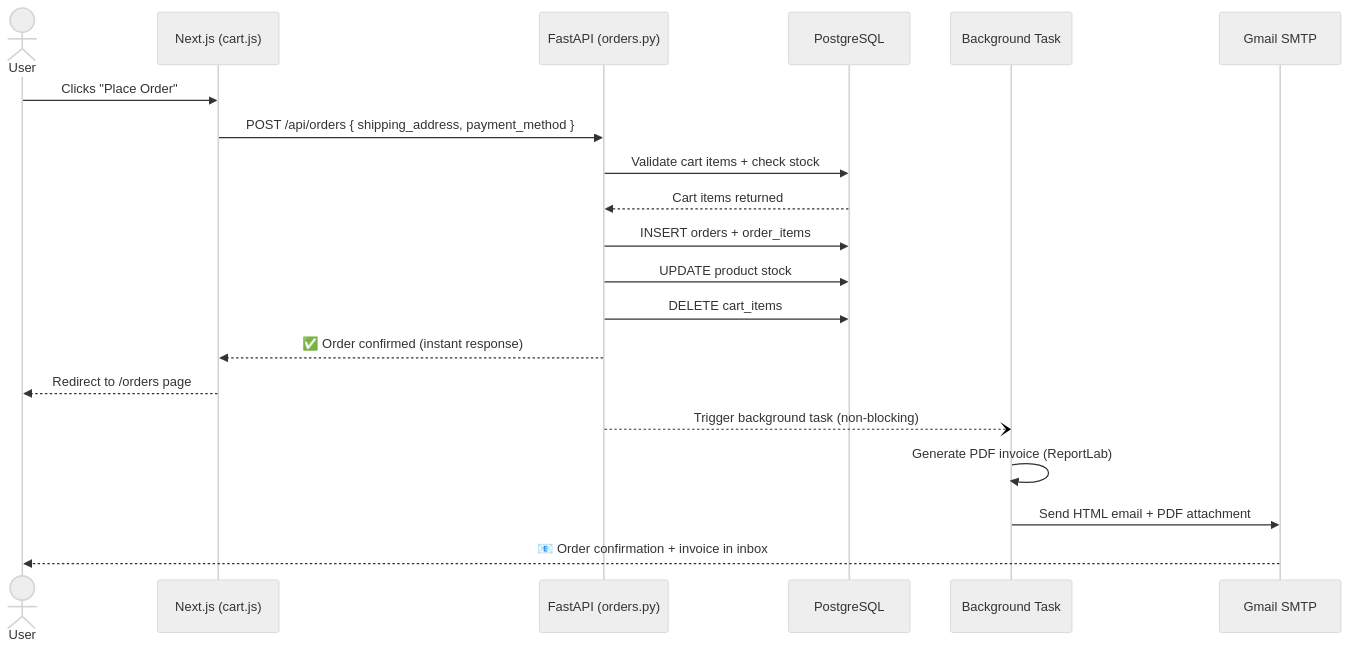
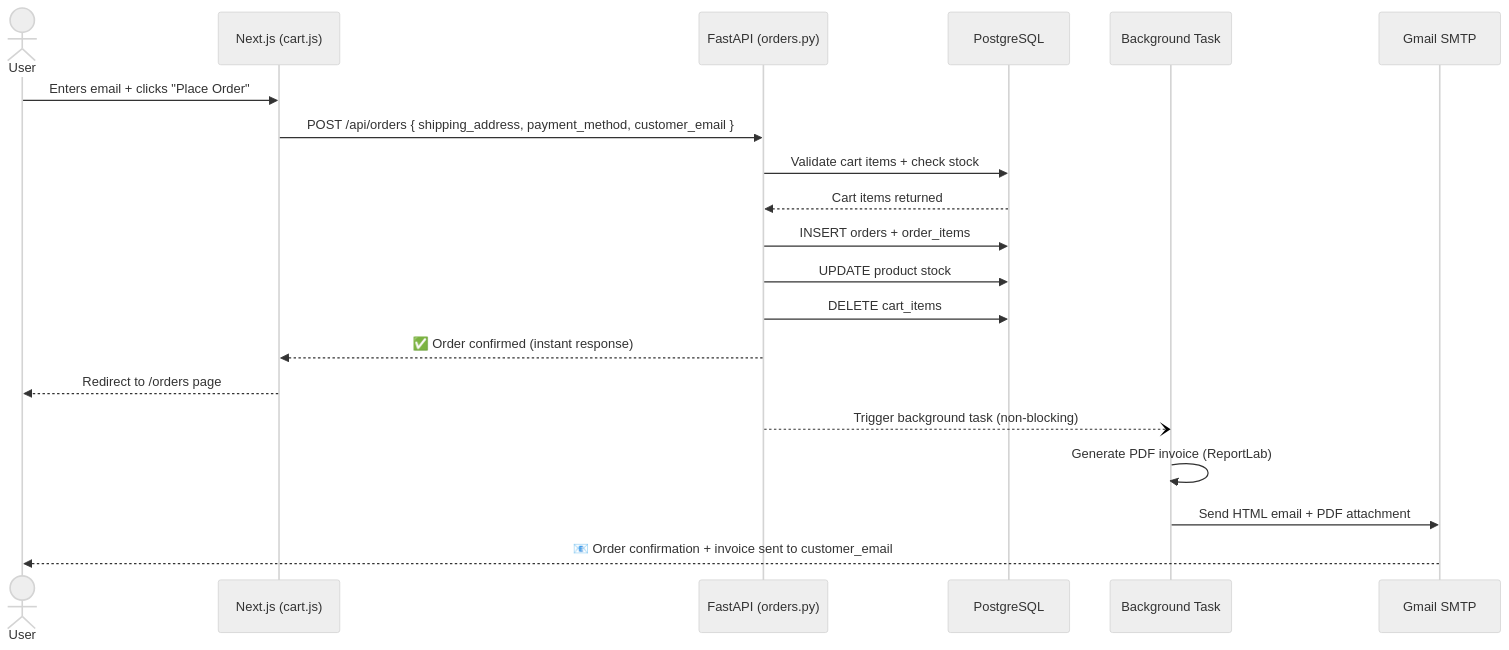
Before and after one commit to Muditkalra21/Ecommerce_website: the second of 3 diagrams in README.md, drawn with Mermaid (neutral theme). The commit also changed other lines of this file and 5 other files, not shown here.

Commit message:
feat: ask customer email at checkout for order confirmation

````diff
--- a/README.md
+++ b/README.md
@@ -74,23 +74,23 @@
 ```mermaid
 sequenceDiagram
     actor User
     participant Frontend as Next.js (cart.js)
     participant API as FastAPI (orders.py)
     participant DB as PostgreSQL
     participant BG as Background Task
     participant Mail as Gmail SMTP
 
-    User->>Frontend: Clicks "Place Order"
-    Frontend->>API: POST /api/orders { shipping_address, payment_method }
+    User->>Frontend: Enters email + clicks "Place Order"
+    Frontend->>API: POST /api/orders { shipping_address, payment_method, customer_email }
     API->>DB: Validate cart items + check stock
     DB-->>API: Cart items returned
     API->>DB: INSERT orders + order_items
     API->>DB: UPDATE product stock
     API->>DB: DELETE cart_items
     API-->>Frontend: ✅ Order confirmed (instant response)
     Frontend-->>User: Redirect to /orders page
     API--)BG: Trigger background task (non-blocking)
     BG->>BG: Generate PDF invoice (ReportLab)
     BG->>Mail: Send HTML email + PDF attachment
-    Mail-->>User: 📧 Order confirmation + invoice in inbox
+    Mail-->>User: 📧 Order confirmation + invoice sent to customer_email
 ```
````
